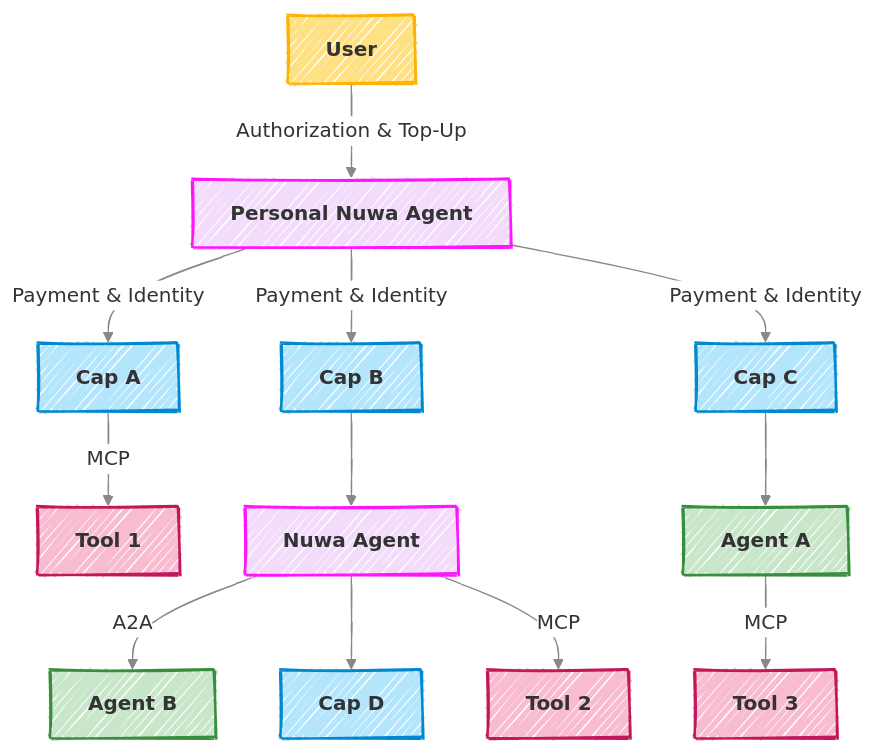
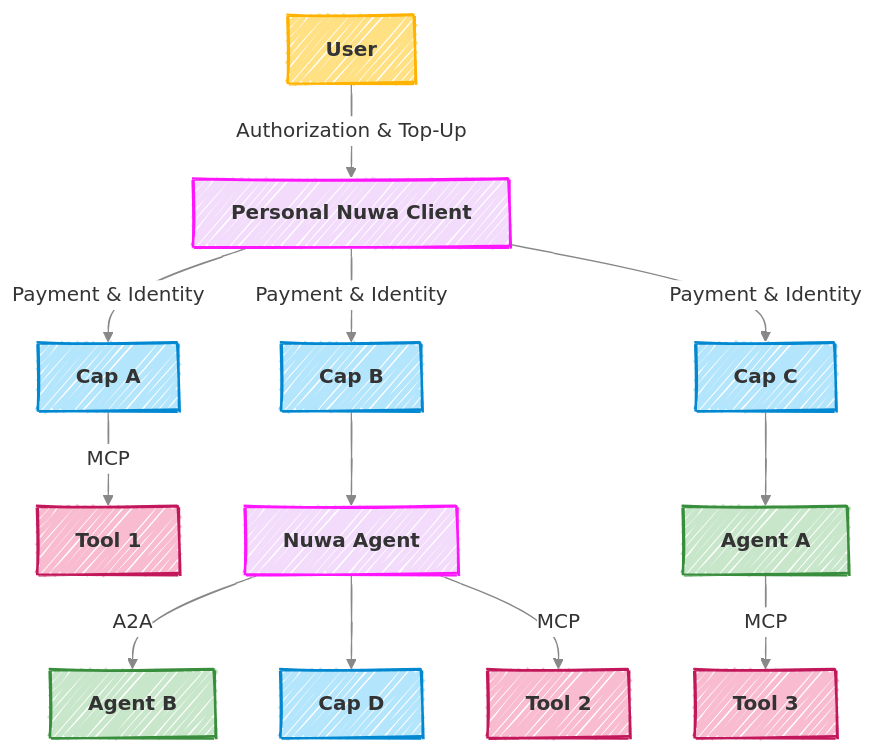
One commit to wow-sven/nuwa changed the second of 2 diagrams in website/docs/content/index.mdx. Above: the diagram before and after it, drawn with Mermaid. The commit also changed other lines of this file and 2 other files, not shown here.

````diff
--- a/website/docs/content/index.mdx
+++ b/website/docs/content/index.mdx
@@ -74,47 +74,47 @@
 ```mermaid
 ---
 config:
   look: handDrawn
   theme: base
 ---
 %%{init: {
   "themeVariables": {
     "fontFamily": "Patrick Hand, Comic Sans MS, cursive",
     "primaryColor": "#f0f0f0",
     "primaryTextColor": "#333333",
     "lineColor": "#888888",
     "fontSize": "16px",
     "edgeLabelBackground": "#ffffff"
   },
   "flowchart": { "curve": "basis" }
 }}%%
 graph TD
-User --> | Authorization & Top-Up | NuwaAgent1[Personal Nuwa Agent]
+User --> | Authorization & Top-Up | NuwaAgent1[Personal Nuwa Client]
 
 NuwaAgent1 --> | Payment & Identity | CapA[Cap A]
 NuwaAgent1 --> | Payment & Identity | CapB[Cap B]
 NuwaAgent1 --> | Payment & Identity | CapC[Cap C]
 
 CapA --> | MCP | Tool1[Tool 1]
 
 CapB --> NuwaAgent2[Nuwa Agent]
 NuwaAgent2 --> | A2A | AgentB[Agent B]
 NuwaAgent2 --> CapD[Cap D]
 NuwaAgent2 --> | MCP | Tool2[Tool 2]
 
 CapC --> AgentA[Agent A]
 AgentA --> | MCP | Tool3[Tool 3]
 
 classDef nuwa fill:#F3DCFB,stroke:#FF15FB,stroke-width:2px,font-weight:bold;
 classDef user fill:#ffe082,stroke:#ffb300,stroke-width:2px,font-weight:bold;
 classDef cap fill:#b3e5fc,stroke:#0288d1,stroke-width:2px,font-weight:bold;
 classDef agent fill:#c8e6c9,stroke:#388e3c,stroke-width:2px,font-weight:bold;
 classDef tool fill:#f8bbd0,stroke:#c2185b,stroke-width:2px,font-weight:bold;
 
 class NuwaAgent1,NuwaAgent2 nuwa
 class User user;
 class CapA,CapB,CapC,CapD cap;
 class AgentA,AgentB agent;
 class Tool1,Tool2,Tool3 tool;
 
 ```
````
